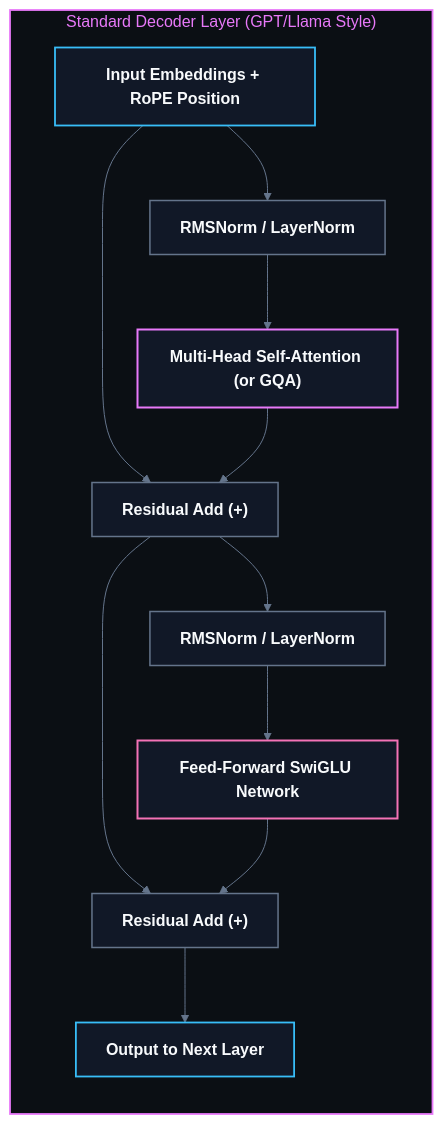
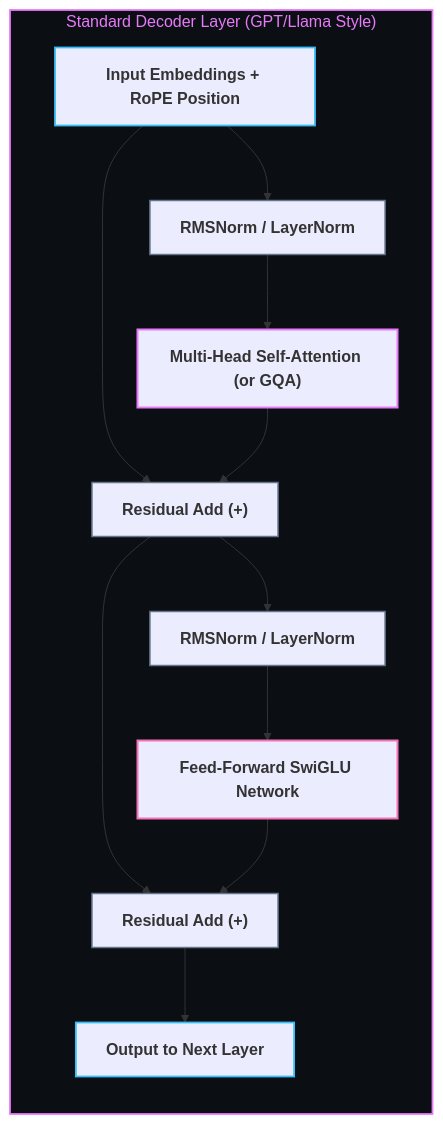
One commit to abhinavbharti2345/CS_Notes changed the diagram in BrainOS/07 - AI & Machine Learning/Transformers.md. Above: the diagram before and after it, drawn with Mermaid. The commit also changed 91 other files, not shown here.

````diff
--- a/BrainOS/07 - AI & Machine Learning/Transformers.md
+++ b/BrainOS/07 - AI & Machine Learning/Transformers.md
@@ -39,26 +39,25 @@
 ```mermaid
-%%{init: {'theme': 'base', 'themeVariables': { 'darkMode': true, 'background': '#0B0F14', 'mainBkg': '#111827', 'primaryColor': '#111827', 'primaryTextColor': '#F8FAFC', 'primaryBorderColor': '#38BDF8', 'lineColor': '#64748B', 'secondaryColor': '#0B0F14', 'tertiaryColor': '#0B0F14', 'clusterBkg': '#0B0F14', 'clusterBorder': '#38BDF8' }}}%%
 flowchart TD
     subgraph XFORMER_BLOCK ["Standard Decoder Layer (GPT/Llama Style)"]
         direction TB
         IN["<b>Input Embeddings + RoPE Position</b>"] --> LN1["<b>RMSNorm / LayerNorm</b>"]
         LN1 --> ATTN["<b>Multi-Head Self-Attention (or GQA)</b>"]
         IN & ATTN --> ADD1["<b>Residual Add (+)</b>"]
         ADD1 --> LN2["<b>RMSNorm / LayerNorm</b>"]
         LN2 --> MLP["<b>Feed-Forward SwiGLU Network</b>"]
         ADD1 & MLP --> ADD2["<b>Residual Add (+)</b>"]
         ADD2 --> OUT["<b>Output to Next Layer</b>"]
     end
 
     style XFORMER_BLOCK fill:#0B0F14,stroke:#E879F9,stroke-width:1.8px,color:#E879F9
 
-    classDef ioNode fill:#111827,stroke:#38BDF8,stroke-width:1.8px,color:#F8FAFC;
-    classDef normNode fill:#111827,stroke:#64748B,stroke-width:1.5px,color:#F8FAFC;
-    classDef attnNode fill:#111827,stroke:#E879F9,stroke-width:2px,color:#F8FAFC;
-    classDef mlpNode fill:#111827,stroke:#F472B6,stroke-width:2px,color:#F8FAFC;
+    classDef ioNode stroke:#38BDF8,stroke-width:1.8px;
+    classDef normNode stroke:#64748B,stroke-width:1.5px;
+    classDef attnNode stroke:#E879F9,stroke-width:2px;
+    classDef mlpNode stroke:#F472B6,stroke-width:2px;
 
     class IN,OUT ioNode;
     class LN1,LN2,ADD1,ADD2 normNode;
     class ATTN attnNode;
     class MLP mlpNode;
 ```
````
